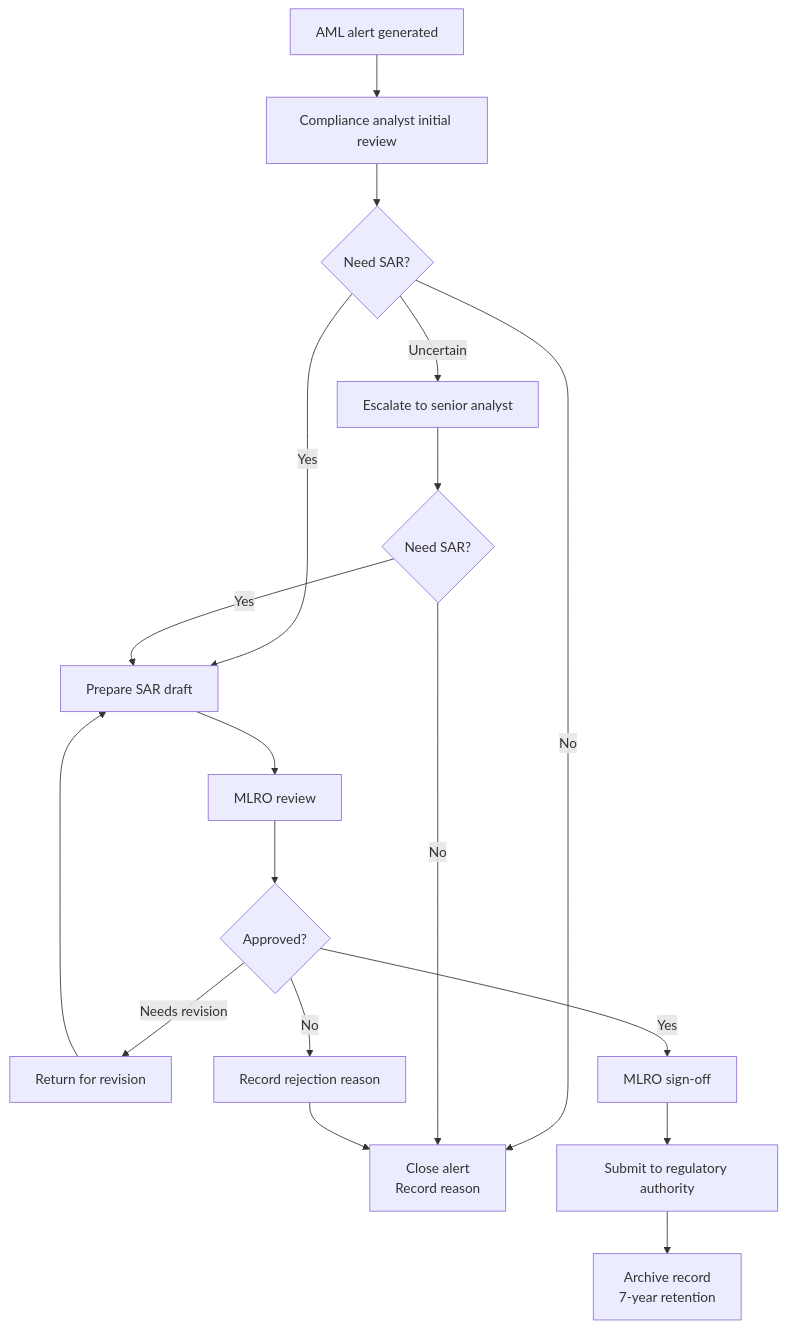
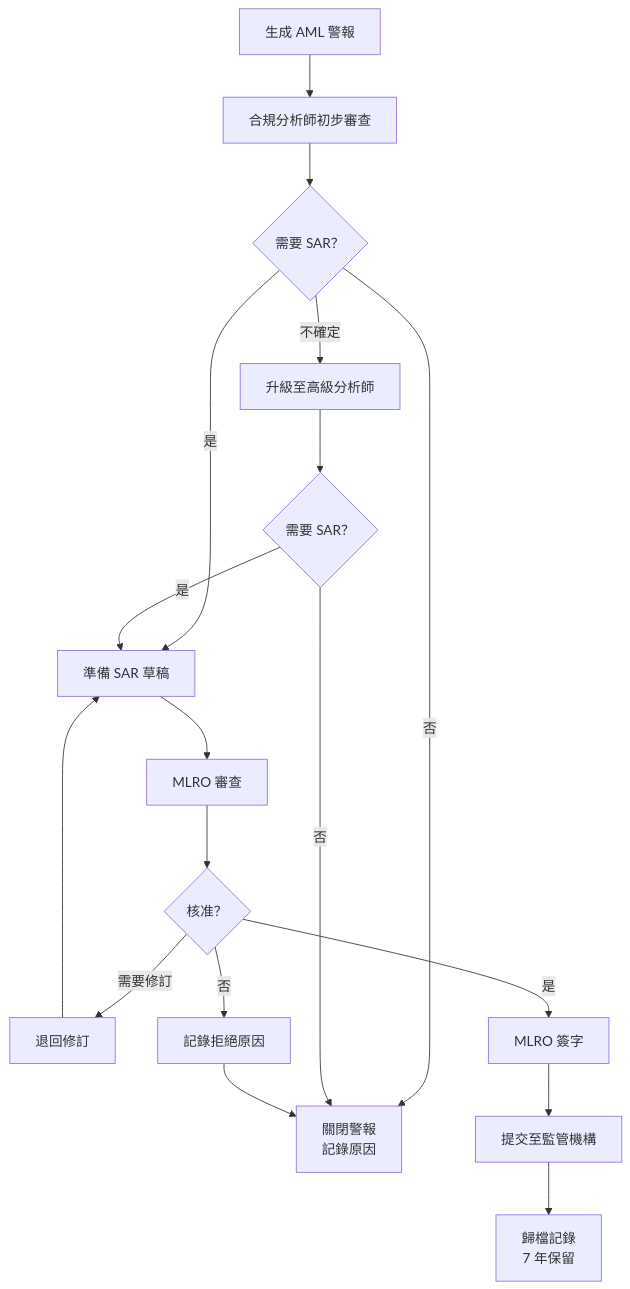
One commit to ron03wlb/smart-admin changed the fifth of 5 diagrams in docs/iGaming/architecture/05_Risk_Engine/KYC_Verification_API.md. Above: the diagram before and after it, drawn with Mermaid. The commit also changed other lines of this file and 5 other files, not shown here.

````diff
--- a/docs/iGaming/architecture/05_Risk_Engine/KYC_Verification_API.md
+++ b/docs/iGaming/architecture/05_Risk_Engine/KYC_Verification_API.md
@@ -120,26 +120,26 @@
 ```mermaid
 graph TD
-    A[AML alert generated] --> B[Compliance analyst initial review]
-    B --> C{Need SAR?}
+    A[生成 AML 警報] --> B[合規分析師初步審查]
+    B --> C{需要 SAR？}
 
-    C -->|Uncertain| D[Escalate to senior analyst]
-    C -->|No| E[Close alert<br/>Record reason]
-    C -->|Yes| F[Prepare SAR draft]
+    C -->|不確定| D[升級至高級分析師]
+    C -->|否| E[關閉警報<br/>記錄原因]
+    C -->|是| F[準備 SAR 草稿]
 
-    D --> G{Need SAR?}
-    G -->|No| E
-    G -->|Yes| F
+    D --> G{需要 SAR？}
+    G -->|否| E
+    G -->|是| F
 
-    F --> H[MLRO review]
-    H --> I{Approved?}
+    F --> H[MLRO 審查]
+    H --> I{核准？}
 
-    I -->|Needs revision| J[Return for revision]
+    I -->|需要修訂| J[退回修訂]
     J --> F
 
-    I -->|Yes| K[MLRO sign-off]
-    K --> L[Submit to regulatory authority]
-    L --> M[Archive record<br/>7-year retention]
+    I -->|是| K[MLRO 簽字]
+    K --> L[提交至監管機構]
+    L --> M[歸檔記錄<br/>7 年保留]
 
-    I -->|No| N[Record rejection reason]
+    I -->|否| N[記錄拒絕原因]
     N --> E
 ```
````
